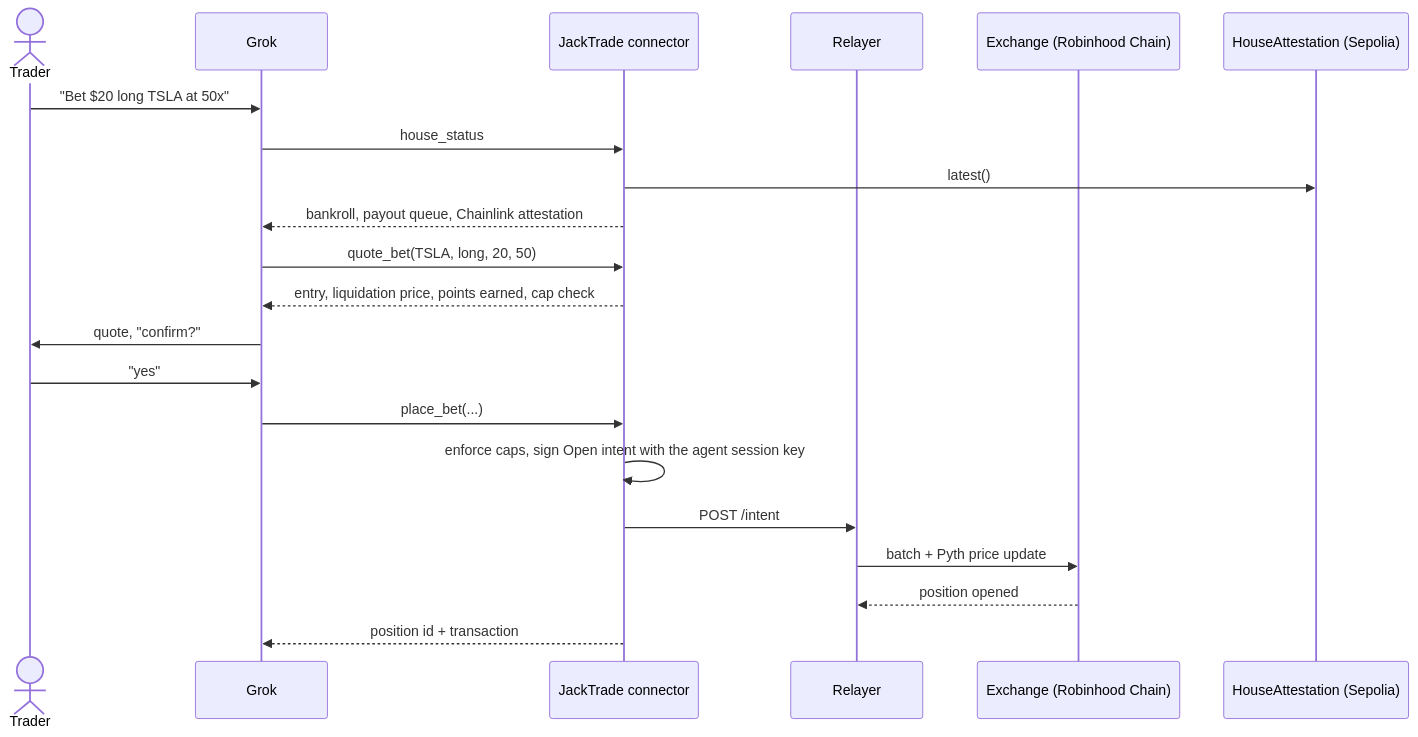
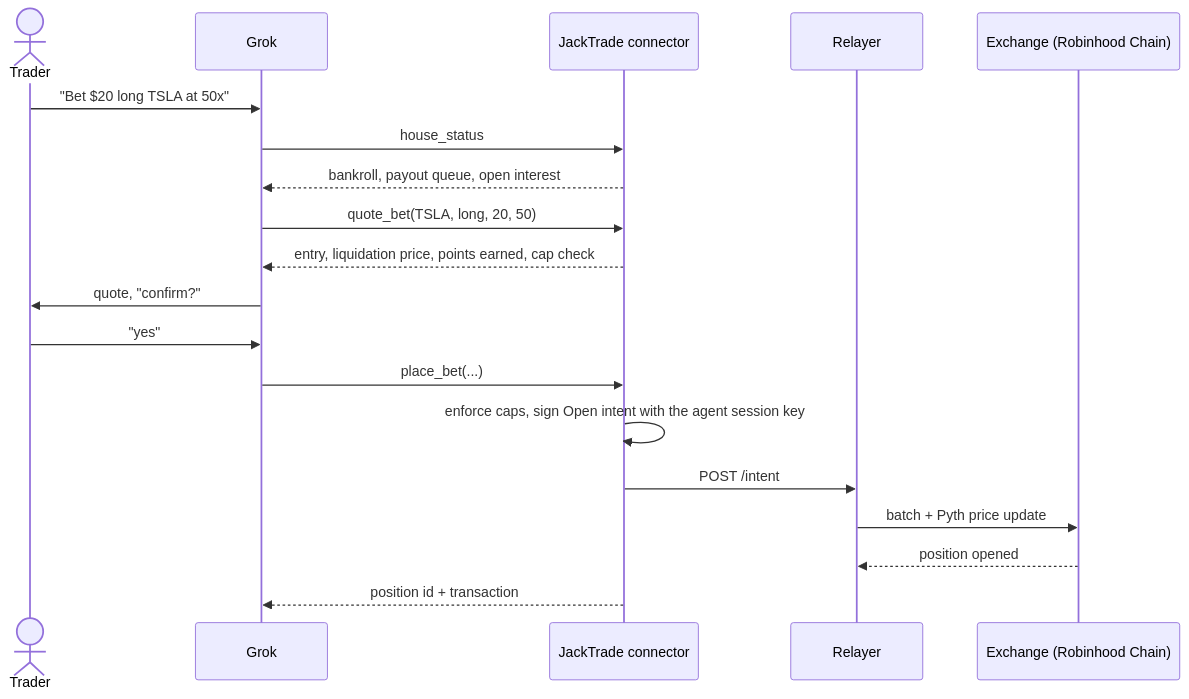
One commit to 0xYudhishthra/jacktrade changed the second of 4 diagrams in README.md. Above: the diagram before and after it, drawn with Mermaid. The commit also changed other lines of this file, not shown here.

Commit message:
README: drop Chainlink, add conditional bets and the points contract

````diff
--- a/README.md
+++ b/README.md
@@ -84,23 +87,21 @@
 ```mermaid
 sequenceDiagram
     actor T as Trader
     participant G as Grok
     participant C as JackTrade connector
     participant R as Relayer
     participant X as Exchange (Robinhood Chain)
-    participant A as HouseAttestation (Sepolia)
     T->>G: "Bet $20 long TSLA at 50x"
     G->>C: house_status
-    C->>A: latest()
-    C-->>G: bankroll, payout queue, Chainlink attestation
+    C-->>G: bankroll, payout queue, open interest
     G->>C: quote_bet(TSLA, long, 20, 50)
     C-->>G: entry, liquidation price, points earned, cap check
     G->>T: quote, "confirm?"
     T->>G: "yes"
     G->>C: place_bet(...)
     C->>C: enforce caps, sign Open intent with the agent session key
     C->>R: POST /intent
     R->>X: batch + Pyth price update
     X-->>R: position opened
     C-->>G: position id + transaction
 ```
````
